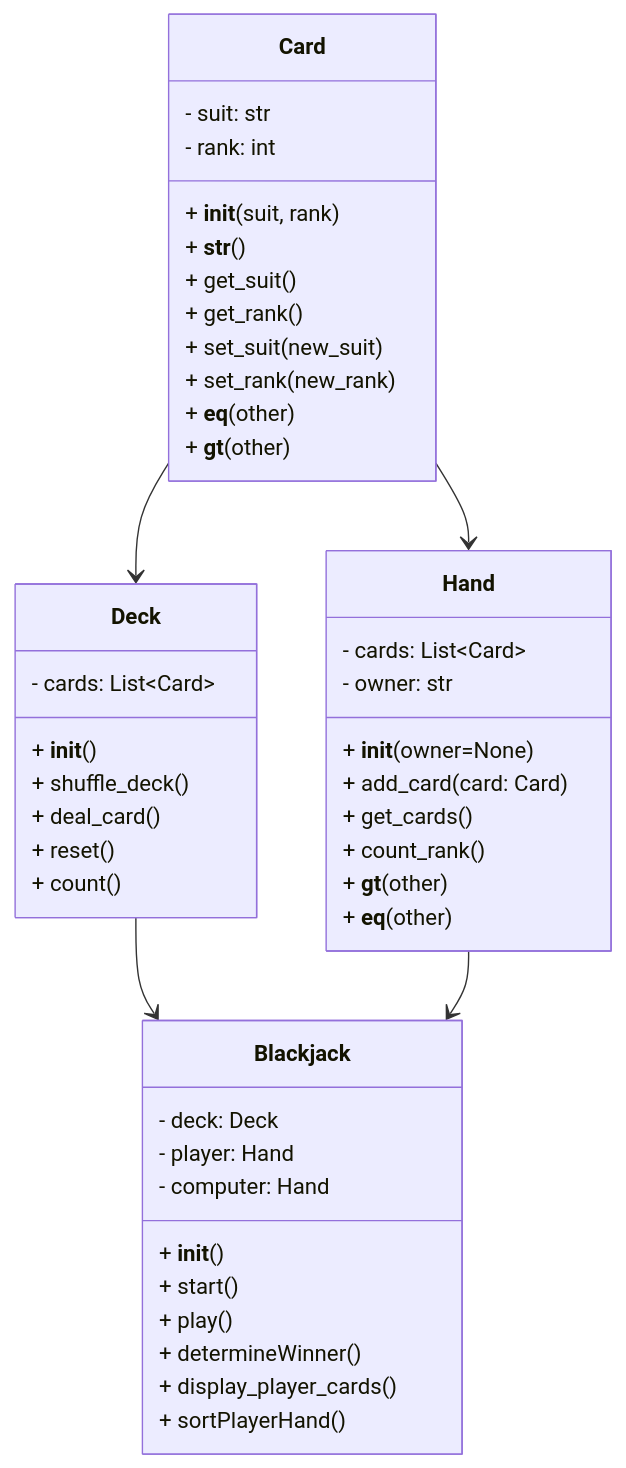
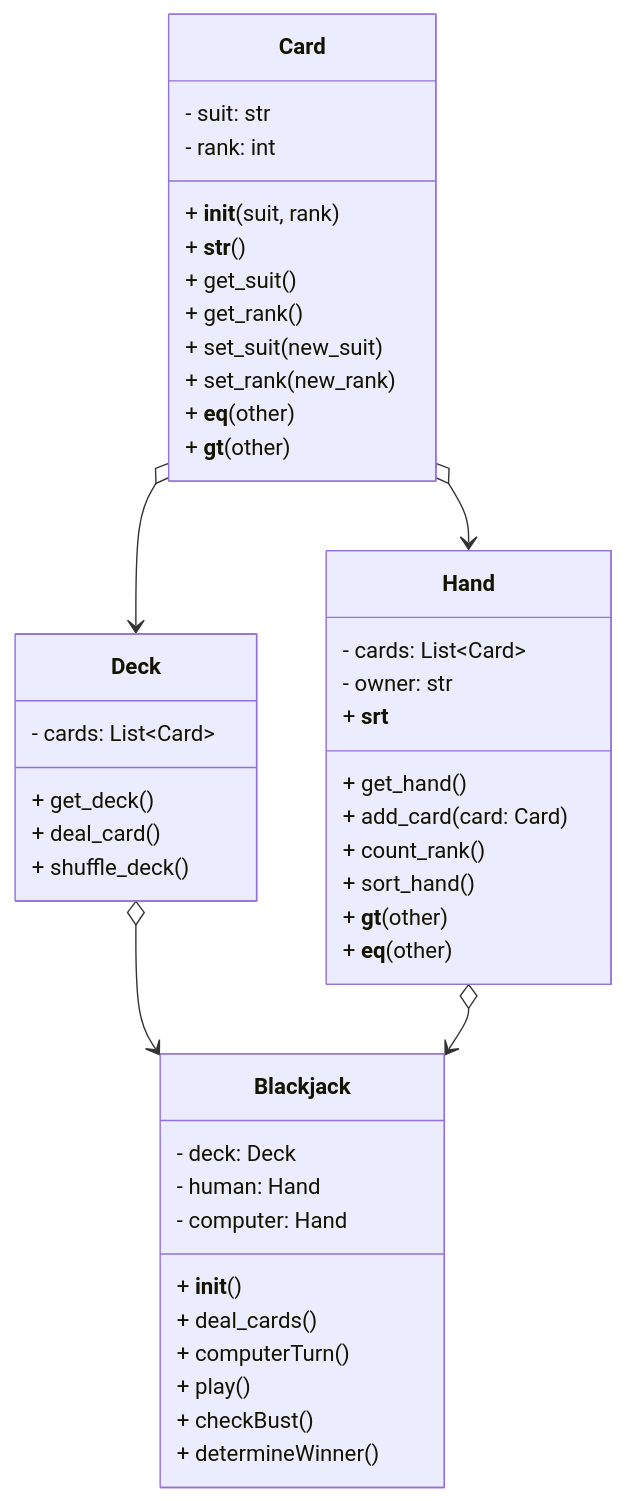
Before and after one commit to isf-dp-cs/isf-dp-cs.github.io: the first of 6 diagrams in content/new_syllabus/unit_03_oop/01_aggregation/_index.md, drawn with Mermaid. The commit also changed other lines of this file and 1 other file, not shown here.

```diff
--- a/content/new_syllabus/unit_03_oop/01_aggregation/_index.md
+++ b/content/new_syllabus/unit_03_oop/01_aggregation/_index.md
@@ -82,53 +44,56 @@
 {{< mermaid >}}
+
 classDiagram
     class Card {
         - suit: str
         - rank: int
         + __init__(suit, rank)
         + __str__()
         + get_suit()
         + get_rank()
         + set_suit(new_suit)
         + set_rank(new_rank)
         + __eq__(other)
         + __gt__(other)
     }
 
+
     class Deck {
         - cards: List~Card~
-        + __init__()
+        + get_deck()
+        + deal_card()
         + shuffle_deck()
-        + deal_card()
-        + reset()
-        + count()
     }
+
 
     class Hand {
         - cards: List~Card~
         - owner: str
-        + __init__(owner=None)
+        + __srt__
+        + get_hand()
         + add_card(card: Card)
-        + get_cards()
         + count_rank()
+        + sort_hand()
         + __gt__(other)
         + __eq__(other)
     }
 
+
     class Blackjack {
         - deck: Deck
-        - player: Hand
+        - human: Hand
         - computer: Hand
         + __init__()
-        + start()
+        + deal_cards()
+        + computerTurn()
         + play()
+        + checkBust()
         + determineWinner()
-        + display_player_cards()
-        + sortPlayerHand()
-    }
+    } 
 
-    Card --> Hand
-    Card --> Deck
-    Deck --> Blackjack
-    Hand --> Blackjack
+    Card o--> Hand
+    Card o--> Deck
+    Deck o--> Blackjack
+    Hand o--> Blackjack
    
 {{< /mermaid >}}
```
